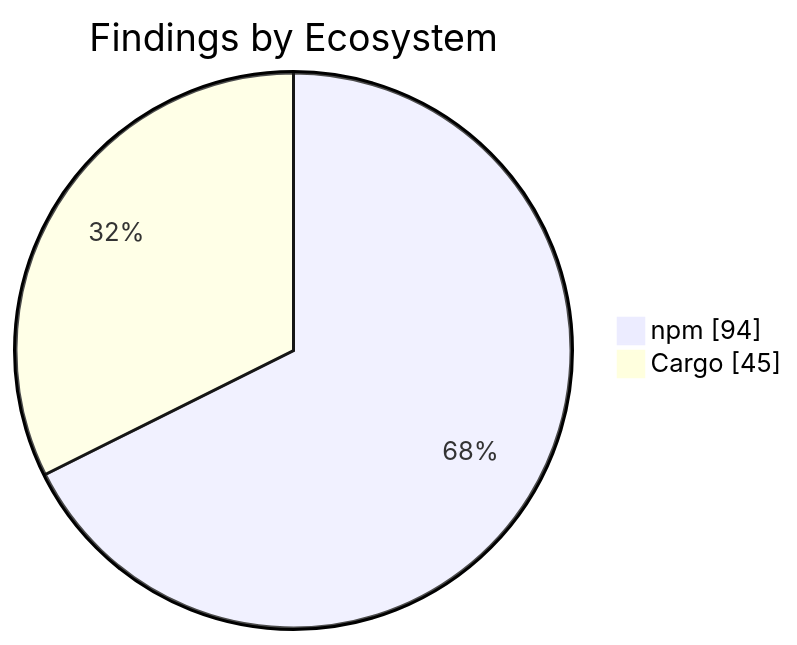
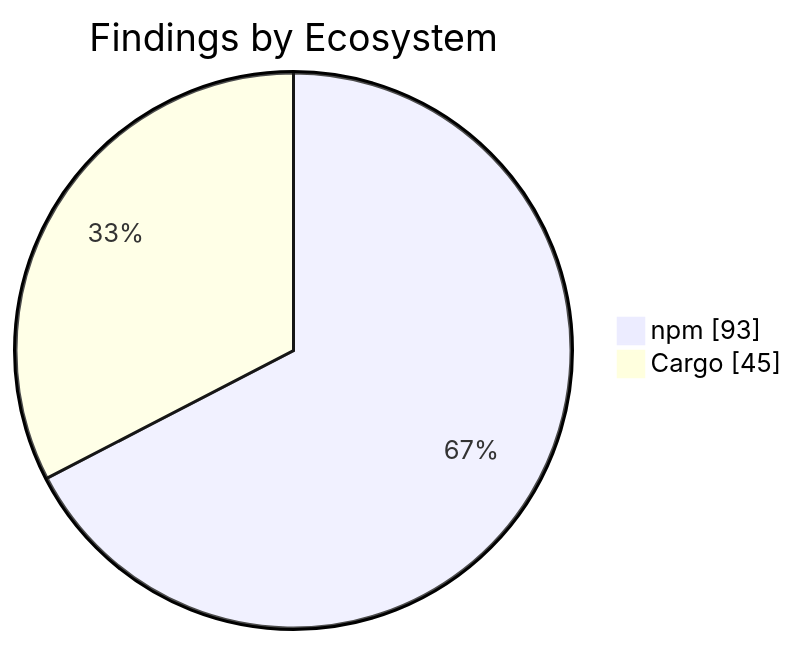
Before and after one commit to KBVE/kbve: the second of 2 diagrams in apps/kbve/astro-kbve/src/content/docs/dashboard/security.mdx, drawn with Mermaid. The commit also changed other lines of this file and 1 other file, not shown here.

````diff
--- a/apps/kbve/astro-kbve/src/content/docs/dashboard/security.mdx
+++ b/apps/kbve/astro-kbve/src/content/docs/dashboard/security.mdx
@@ -159,6 +159,6 @@
 ```mermaid
 pie showData
     title Findings by Ecosystem
-    "npm" : 94
+    "npm" : 93
     "Cargo" : 45
 ```
````
